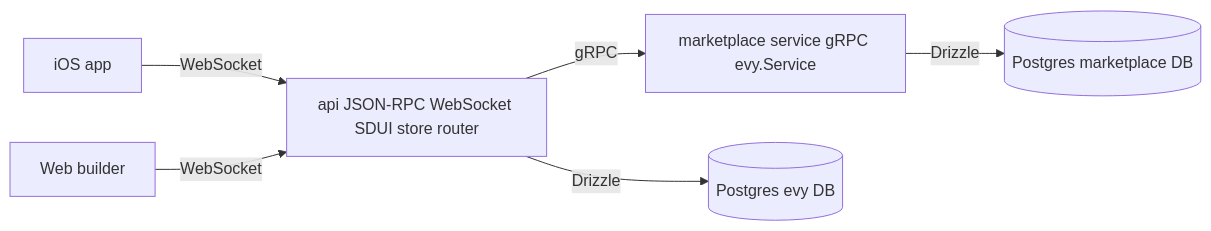
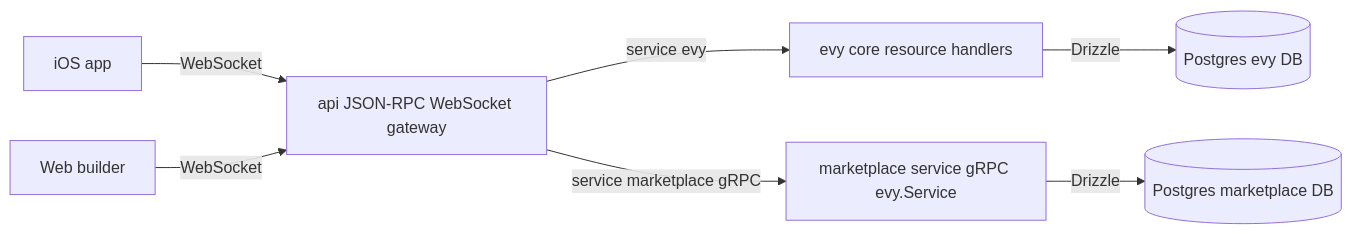
Before and after one commit to EVY-Platform/evy: the diagram in README.md, drawn with Mermaid. The commit also changed other lines of this file and 34 other files, not shown here.

````diff
--- a/README.md
+++ b/README.md
@@ -9,16 +7,18 @@
 ```mermaid
 flowchart LR
     ios[iOS app]
     web[Web builder]
 
-    api[api JSON-RPC WebSocket SDUI store router]
+    api[api JSON-RPC WebSocket gateway]
+    core[evy core resource handlers]
     marketplace[marketplace service gRPC evy.Service]
     evyDb[(Postgres evy DB)]
     mpDb[(Postgres marketplace DB)]
 
     ios -- WebSocket --> api
     web -- WebSocket --> api
-    api -- Drizzle --> evyDb
-    api -- gRPC --> marketplace
+    api -- service evy --> core
+    core -- Drizzle --> evyDb
+    api -- service marketplace gRPC --> marketplace
     marketplace -- Drizzle --> mpDb
 ```
````
